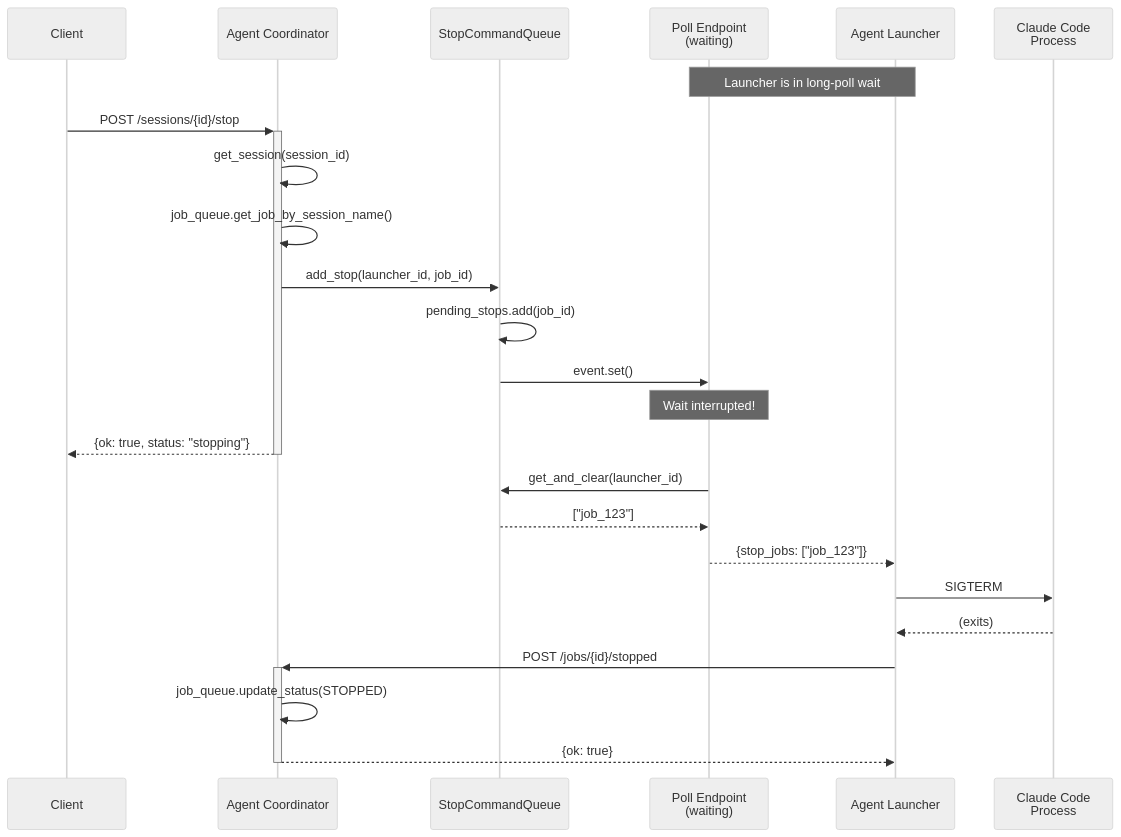
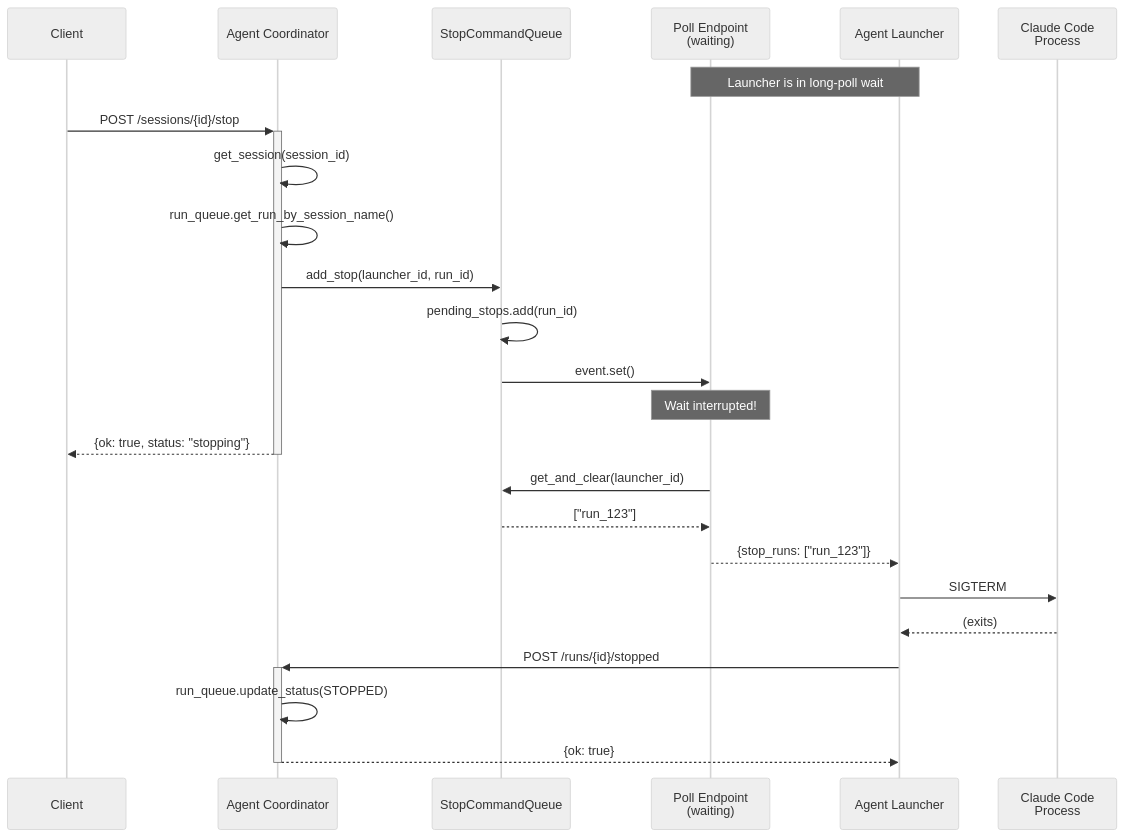
One commit to rawe/claude-agent-orchestrator changed the diagram in docs/features/session-stop-command.md. Above: the diagram before and after it, drawn with Mermaid (neutral theme). The commit also changed other lines of this file and 61 other files, not shown here.

Commit message:
refactor: rename Jobs to Runs across codebase

````diff
--- a/docs/features/session-stop-command.md
+++ b/docs/features/session-stop-command.md
@@ -389,33 +389,33 @@
 ```mermaid
 sequenceDiagram
     participant Client as Client
     participant Coordinator as Agent Coordinator
     participant Queue as StopCommandQueue
     participant Poll as Poll Endpoint<br/>(waiting)
     participant Launcher as Agent Launcher
     participant Process as Claude Code<br/>Process
 
     Note over Launcher,Poll: Launcher is in long-poll wait
 
     Client->>+Coordinator: POST /sessions/{id}/stop
     Coordinator->>Coordinator: get_session(session_id)
-    Coordinator->>Coordinator: job_queue.get_job_by_session_name()
-    Coordinator->>Queue: add_stop(launcher_id, job_id)
-    Queue->>Queue: pending_stops.add(job_id)
+    Coordinator->>Coordinator: run_queue.get_run_by_session_name()
+    Coordinator->>Queue: add_stop(launcher_id, run_id)
+    Queue->>Queue: pending_stops.add(run_id)
     Queue->>Poll: event.set()
 
     Note over Poll: Wait interrupted!
 
     Coordinator-->>-Client: {ok: true, status: "stopping"}
 
     Poll->>Queue: get_and_clear(launcher_id)
-    Queue-->>Poll: ["job_123"]
-    Poll-->>Launcher: {stop_jobs: ["job_123"]}
+    Queue-->>Poll: ["run_123"]
+    Poll-->>Launcher: {stop_runs: ["run_123"]}
 
     Launcher->>Process: SIGTERM
     Process-->>Launcher: (exits)
 
-    Launcher->>+Coordinator: POST /jobs/{id}/stopped
-    Coordinator->>Coordinator: job_queue.update_status(STOPPED)
+    Launcher->>+Coordinator: POST /runs/{id}/stopped
+    Coordinator->>Coordinator: run_queue.update_status(STOPPED)
     Coordinator-->>-Launcher: {ok: true}
 ```
````
